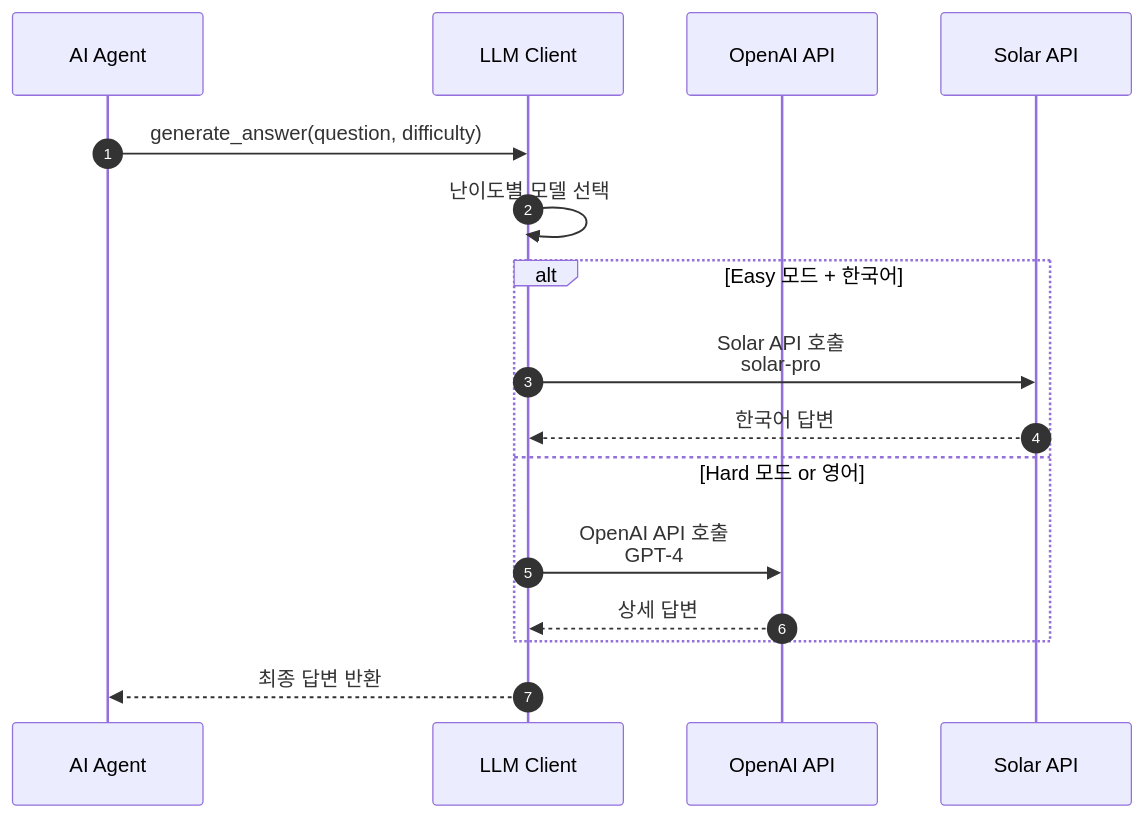
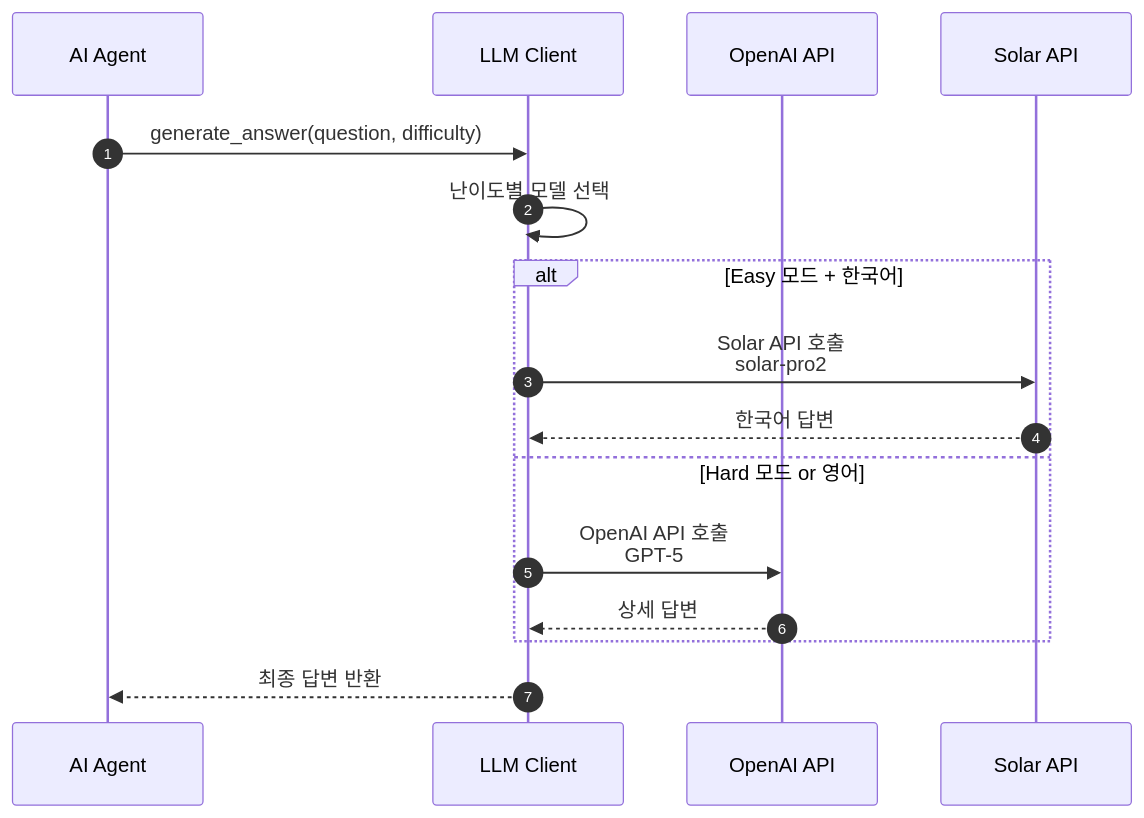
One commit to AIBootcamp14/langchainproject-new-langchainproject_5 changed the first of 2 diagrams in docs/modularization/07_LLM_클라이언트.md. Above: the diagram before and after it, drawn with Mermaid. The commit also changed other lines of this file, not shown here.

````diff
--- a/docs/modularization/07_LLM_클라이언트.md
+++ b/docs/modularization/07_LLM_클라이언트.md
@@ -42,21 +40,21 @@
 ```mermaid
 sequenceDiagram
     autonumber
     participant Agent as AI Agent
     participant Client as LLM Client
     participant API1 as OpenAI API
     participant API2 as Solar API
 
     Agent->>Client: generate_answer(question, difficulty)
     Client->>Client: 난이도별 모델 선택
 
     alt Easy 모드 + 한국어
-        Client->>API2: Solar API 호출<br/>solar-pro
+        Client->>API2: Solar API 호출<br/>solar-pro2
         API2-->>Client: 한국어 답변
     else Hard 모드 or 영어
-        Client->>API1: OpenAI API 호출<br/>GPT-4
+        Client->>API1: OpenAI API 호출<br/>GPT-5
         API1-->>Client: 상세 답변
     end
 
     Client-->>Agent: 최종 답변 반환
 ```
````
